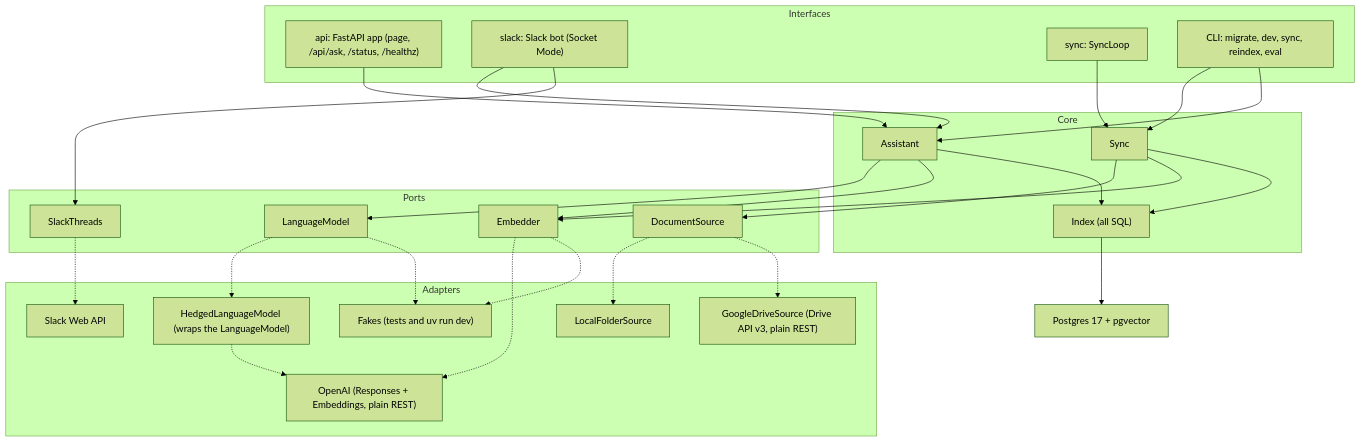
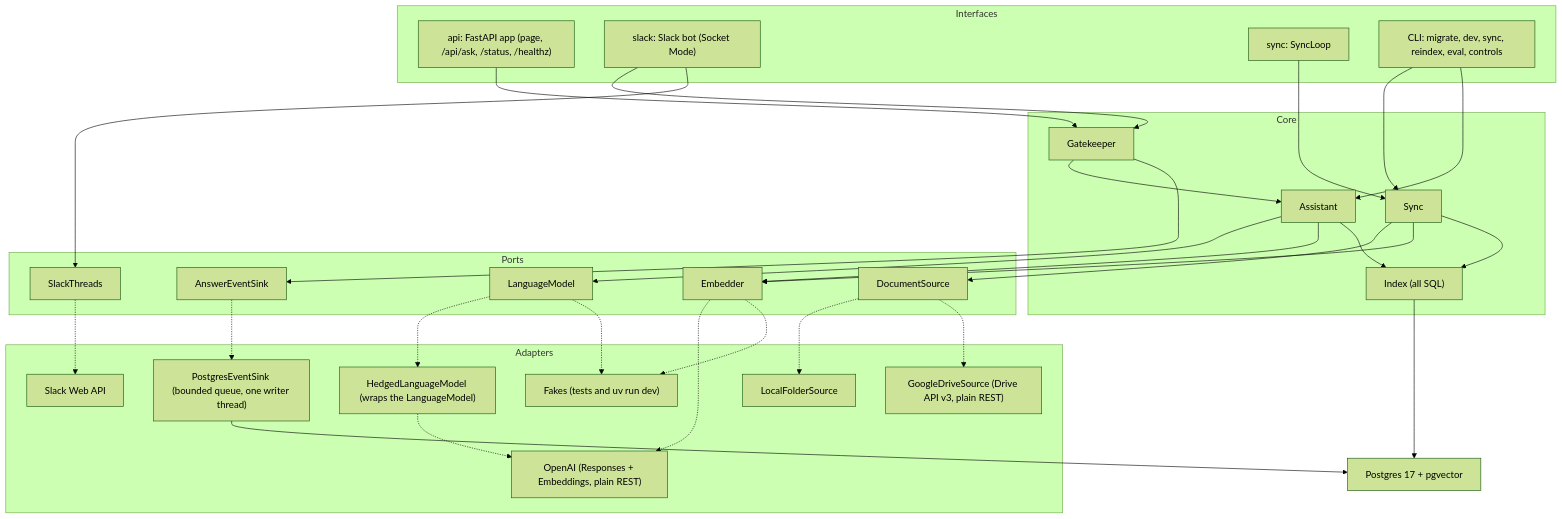
One commit to TayebKahia/grounded-docs changed the first of 4 diagrams in ARCHITECTURE.md. Above: the diagram before and after it, drawn with Mermaid (forest theme). The commit also changed other lines of this file and 6 other files, not shown here.

````diff
--- a/ARCHITECTURE.md
+++ b/ARCHITECTURE.md
@@ -26,51 +31,58 @@
 ```mermaid
 flowchart TB
     subgraph "Interfaces"
         API["api: FastAPI app (page, /api/ask, /status, /healthz)"]
         SLACK["slack: Slack bot (Socket Mode)"]
         SYNCSVC["sync: SyncLoop"]
-        CLI["CLI: migrate, dev, sync, reindex, eval"]
+        CLI["CLI: migrate, dev, sync, reindex, eval, controls"]
     end
     subgraph "Core"
+        GATE["Gatekeeper"]
         ASSIST["Assistant"]
         SYNC["Sync"]
         INDEX["Index (all SQL)"]
     end
     subgraph "Ports"
         LM["LanguageModel"]
         EMB["Embedder"]
         SRC["DocumentSource"]
         THREADS["SlackThreads"]
+        SINK["AnswerEventSink"]
     end
     subgraph "Adapters"
         OAI["OpenAI (Responses + Embeddings, plain REST)"]
         HEDGE["HedgedLanguageModel (wraps the LanguageModel)"]
         LOCAL["LocalFolderSource"]
         DRIVE["GoogleDriveSource (Drive API v3, plain REST)"]
         SLACKAPI["Slack Web API"]
         FAKES["Fakes (tests and uv run dev)"]
+        QUEUED["PostgresEventSink (bounded queue, one writer thread)"]
     end
     PG["Postgres 17 + pgvector"]
 
-    API --> ASSIST
-    SLACK --> ASSIST
+    API --> GATE
+    SLACK --> GATE
+    GATE --> ASSIST
+    GATE --> SINK
     SLACK --> THREADS
     SYNCSVC --> SYNC
     CLI --> SYNC
     CLI --> ASSIST
     ASSIST --> LM
     ASSIST --> EMB
     ASSIST --> INDEX
     SYNC --> SRC
     SYNC --> EMB
     SYNC --> INDEX
     INDEX --> PG
     LM -.-> HEDGE
     HEDGE -.-> OAI
     EMB -.-> OAI
     SRC -.-> LOCAL
     SRC -.-> DRIVE
     THREADS -.-> SLACKAPI
     LM -.-> FAKES
     EMB -.-> FAKES
+    SINK -.-> QUEUED
+    QUEUED --> PG
 ```
````
